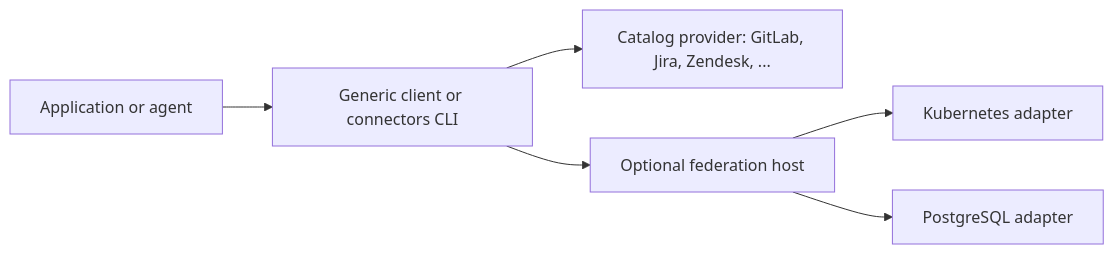
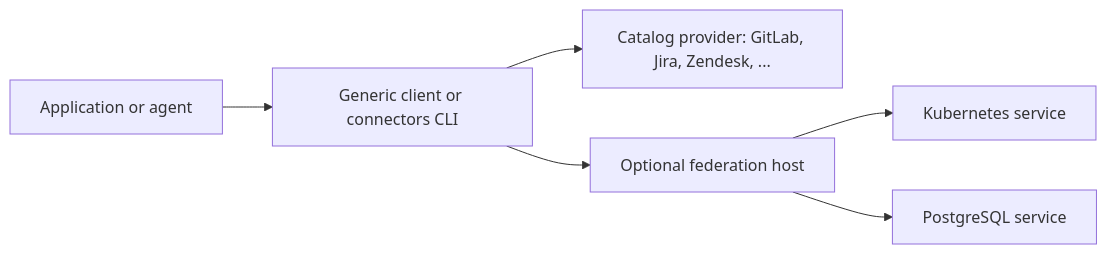
One commit to beyond10x/connectors changed the diagram in website/docs/index.md. Above: the diagram before and after it, drawn with Mermaid. The commit also changed other lines of this file and 58 other files, not shown here.

````diff
--- a/website/docs/index.md
+++ b/website/docs/index.md
@@ -15,8 +19,8 @@
 ```mermaid
 flowchart LR
     app[Application or agent] --> client[Generic client or connectors CLI]
     client --> catalog[Catalog provider: GitLab, Jira, Zendesk, ...]
     client --> host[Optional federation host]
-    host --> kube[Kubernetes adapter]
-    host --> sql[PostgreSQL adapter]
+    host --> kube[Kubernetes service]
+    host --> sql[PostgreSQL service]
 ```
````
